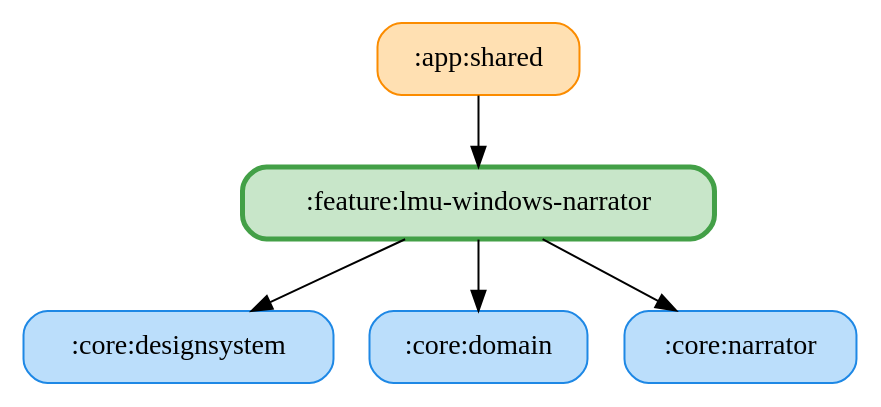
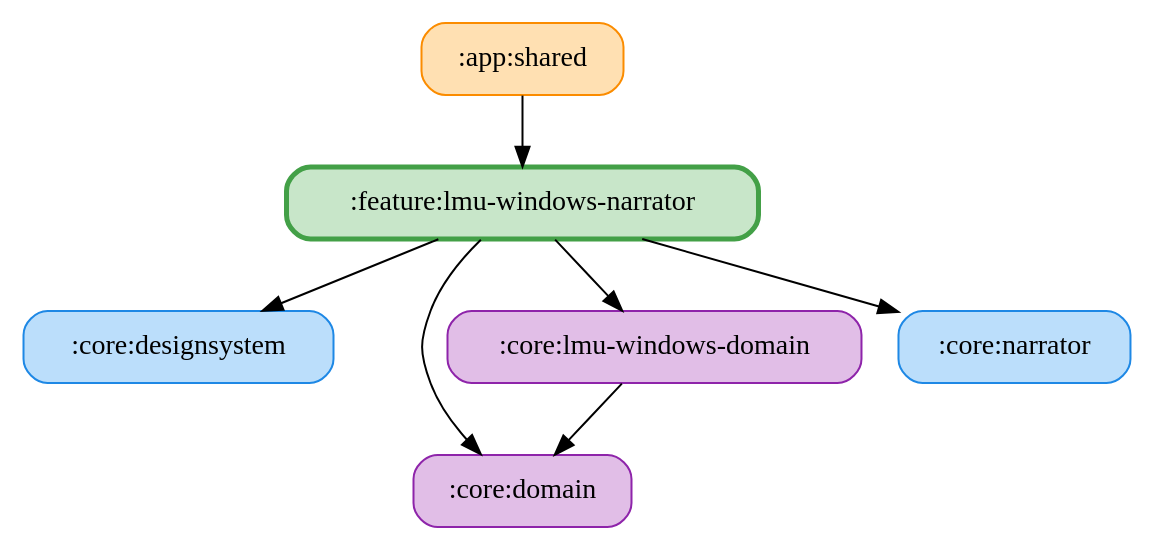
One commit to ai-kurou/KoDriver changed the diagram in docs/graphs/feature-lmu-windows-narrator.gv. Above: the diagram before and after it, drawn with Graphviz. The commit also changed 898 other files, not shown here.

Commit message:
:core:domain をシミュレーター別のドメインモジュールに分割する(LMU・ACE・GT7) (#2411)

```diff
--- a/docs/graphs/feature-lmu-windows-narrator.gv
+++ b/docs/graphs/feature-lmu-windows-narrator.gv
@@ -1,13 +1,16 @@
 digraph G {
   rankdir=TB
   node [shape=box, style="rounded,filled"]
   ":app:shared" [fillcolor="#FFE0B2", color="#FB8C00", penwidth=1]
   ":core:designsystem" [fillcolor="#BBDEFB", color="#1E88E5", penwidth=1]
-  ":core:domain" [fillcolor="#BBDEFB", color="#1E88E5", penwidth=1]
+  ":core:domain" [fillcolor="#E1BEE7", color="#8E24AA", penwidth=1]
+  ":core:lmu-windows-domain" [fillcolor="#E1BEE7", color="#8E24AA", penwidth=1]
   ":core:narrator" [fillcolor="#BBDEFB", color="#1E88E5", penwidth=1]
   ":feature:lmu-windows-narrator" [fillcolor="#C8E6C9", color="#43A047", penwidth=2.5]
   ":app:shared" -> ":feature:lmu-windows-narrator"
+  ":core:lmu-windows-domain" -> ":core:domain"
   ":feature:lmu-windows-narrator" -> ":core:domain"
+  ":feature:lmu-windows-narrator" -> ":core:lmu-windows-domain"
   ":feature:lmu-windows-narrator" -> ":core:designsystem"
   ":feature:lmu-windows-narrator" -> ":core:narrator"
 }
```
